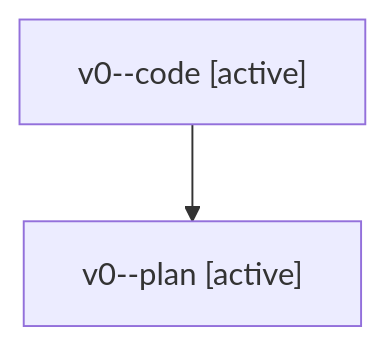
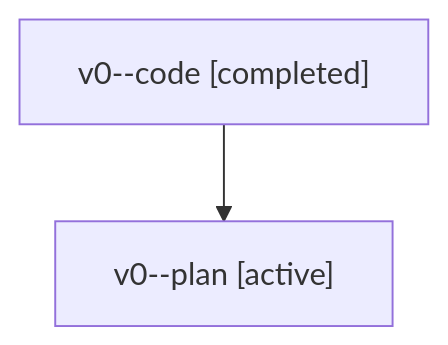
Before and after one commit to bobs-org/bob-cli--agents: the diagram in sessions/bbugyi200.athena.v0.md, drawn with Mermaid. The commit also changed other lines of this file and 6 other files, not shown here.

````diff
--- a/sessions/bbugyi200.athena.v0.md
+++ b/sessions/bbugyi200.athena.v0.md
@@ -9,6 +9,6 @@
 ```mermaid
 flowchart TD
-  n0["v0--code [active]"]
+  n0["v0--code [completed]"]
   n1["v0--plan [active]"]
   n0 --> n1
 ```
````
